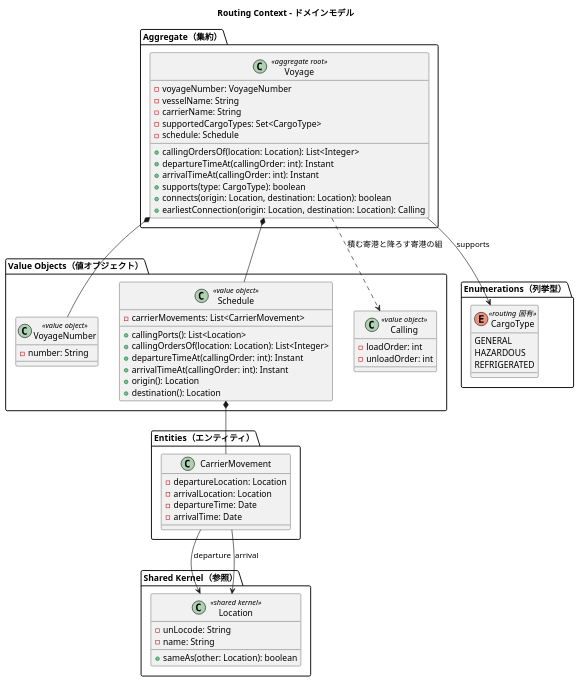
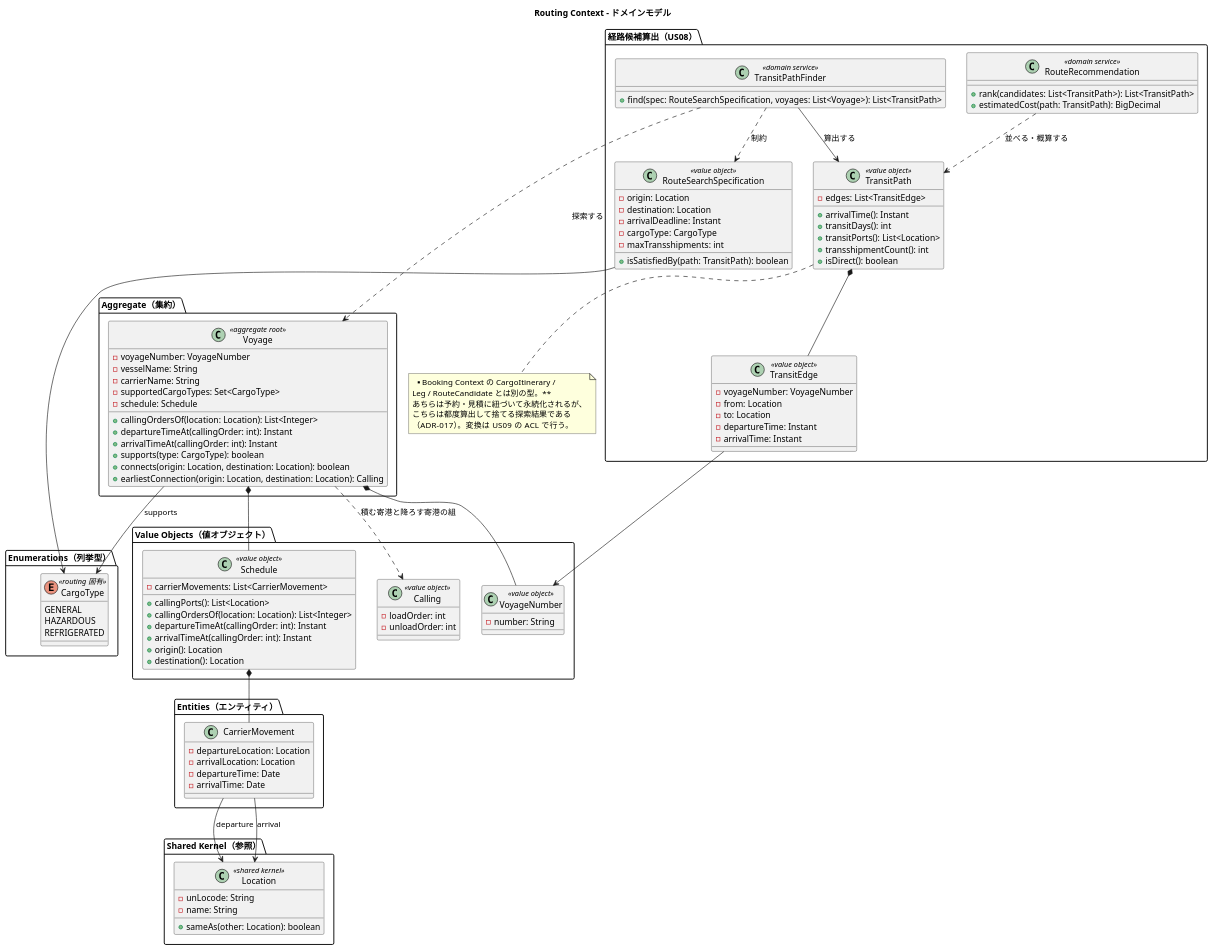
Before and after one commit to k2works/case-study-cargo-tracker: the fifth of 10 diagrams in docs/design/domain-model.md, drawn with PlantUML. The commit also changed other lines of this file, not shown here.

Commit message:
docs(design): 経路候補算出の型をドメインモデルに反映する
IT4 の設計反映 #1〜#4。実装で先に作った型を、同じイテレーションのうちに
正典へ載せる。

- Routing Context の図と要素表に TransitPath（経路候補）・TransitEdge
  （経路区間）・RouteSearchSpecification（経路探索条件）・TransitPathFinder
  （経路候補算出）・RouteRecommendation を日本語名つきで追加した
- Booking Context に同名で存在する RouteSpecification との違いを、
  両方の要素表とユビキタス言語表に書いた。名前を分けた理由も残した
- 経路探索のビジネスルール 8 件（永続化しない・積み替え 6 時間・期限の
  包含・積み替え上限・港の再訪・推奨順・費用は概算・港湾制約を持たない）を
  追加した

````diff
--- a/docs/design/domain-model.md
+++ b/docs/design/domain-model.md
@@ -723,6 +726,39 @@
   }
 }
 
+package "経路候補算出（US08）" {
+  class TransitPathFinder <<domain service>> {
+    +find(spec: RouteSearchSpecification, voyages: List<Voyage>): List<TransitPath>
+  }
+  class RouteSearchSpecification <<value object>> {
+    -origin: Location
+    -destination: Location
+    -arrivalDeadline: Instant
+    -cargoType: CargoType
+    -maxTransshipments: int
+    +isSatisfiedBy(path: TransitPath): boolean
+  }
+  class TransitPath <<value object>> {
+    -edges: List<TransitEdge>
+    +arrivalTime(): Instant
+    +transitDays(): int
+    +transitPorts(): List<Location>
+    +transshipmentCount(): int
+    +isDirect(): boolean
+  }
+  class TransitEdge <<value object>> {
+    -voyageNumber: VoyageNumber
+    -from: Location
+    -to: Location
+    -departureTime: Instant
+    -arrivalTime: Instant
+  }
+  class RouteRecommendation <<domain service>> {
+    +rank(candidates: List<TransitPath>): List<TransitPath>
+    +estimatedCost(path: TransitPath): BigDecimal
+  }
+}
+
 package "Entities（エンティティ）" {
   class CarrierMovement {
     -departureLocation: Location
@@ -748,5 +784,21 @@
 CarrierMovement --> Location : arrival
 Voyage --> CargoType : supports
 
+TransitPathFinder ..> Voyage : 探索する
+TransitPathFinder ..> RouteSearchSpecification : 制約
+TransitPathFinder --> TransitPath : 算出する
+RouteRecommendation ..> TransitPath : 並べる・概算する
+TransitPath *-- TransitEdge
+TransitEdge --> VoyageNumber
+RouteSearchSpecification --> CargoType
+
+note bottom of TransitPath
+  **Booking Context の CargoItinerary /
+  Leg / RouteCandidate とは別の型。**
+  あちらは予約・見積に紐づいて永続化されるが、
+  こちらは都度算出して捨てる探索結果である
+  （ADR-017）。変換は US09 の ACL で行う。
+end note
+
 @enduml
 ```
````
